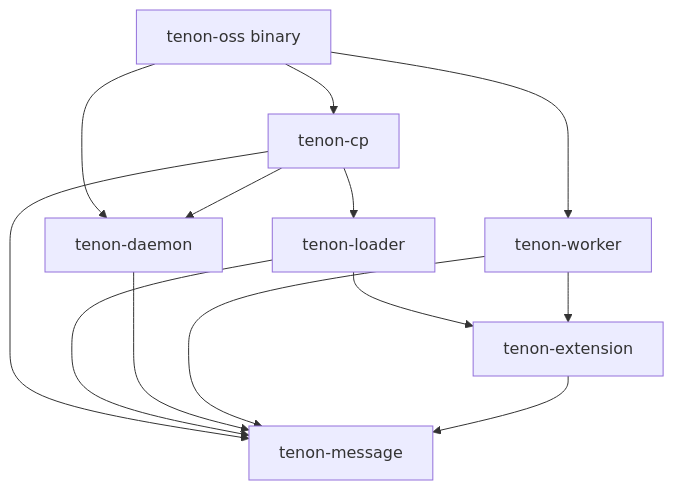
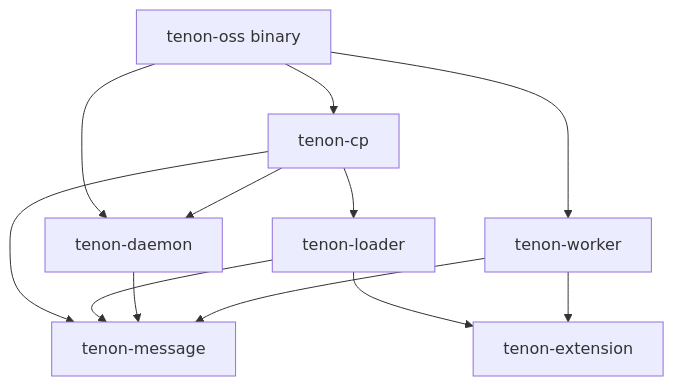
The first of 2 diagrams in design.md (Gujiawei-Edinburgh/bifrore), drawn with Mermaid before and after one commit. The commit also changed other lines of this file and 15 other files, not shown here.

````diff
--- a/design.md
+++ b/design.md
@@ -243,28 +215,26 @@
 ```mermaid
 flowchart TD
   OSS["tenon-oss binary"]
   CP["tenon-cp"]
   Loader["tenon-loader"]
   Daemon["tenon-daemon"]
   Worker["tenon-worker"]
   Message["tenon-message"]
   Extension["tenon-extension"]
 
   OSS --> CP
   OSS --> Daemon
   OSS --> Worker
 
   CP --> Loader
   CP --> Daemon
   CP --> Message
 
   Loader --> Message
   Loader --> Extension
 
   Daemon --> Message
 
   Worker --> Message
   Worker --> Extension
-
-  Extension --> Message
 ```
````
